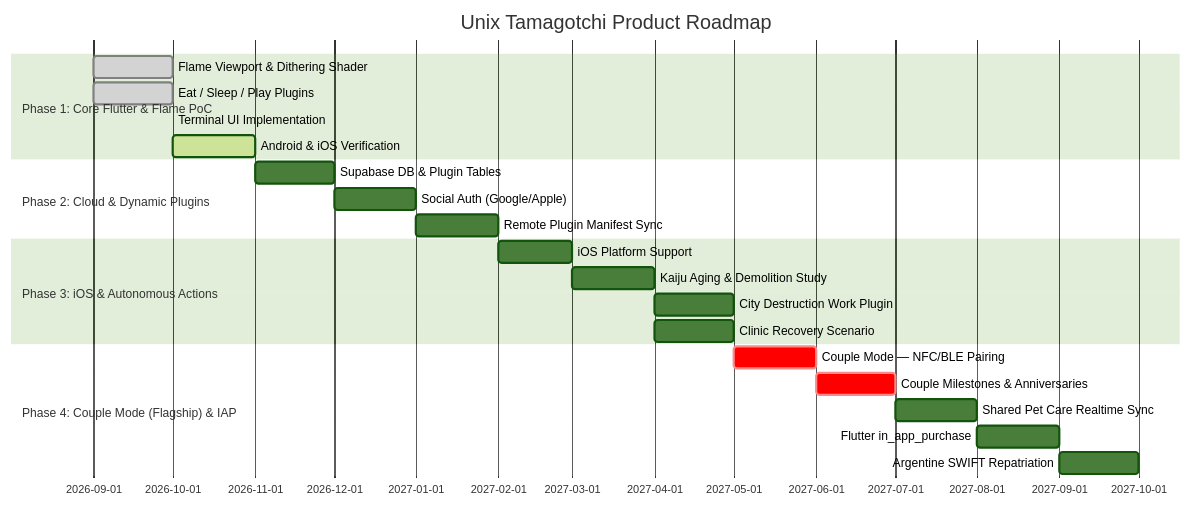
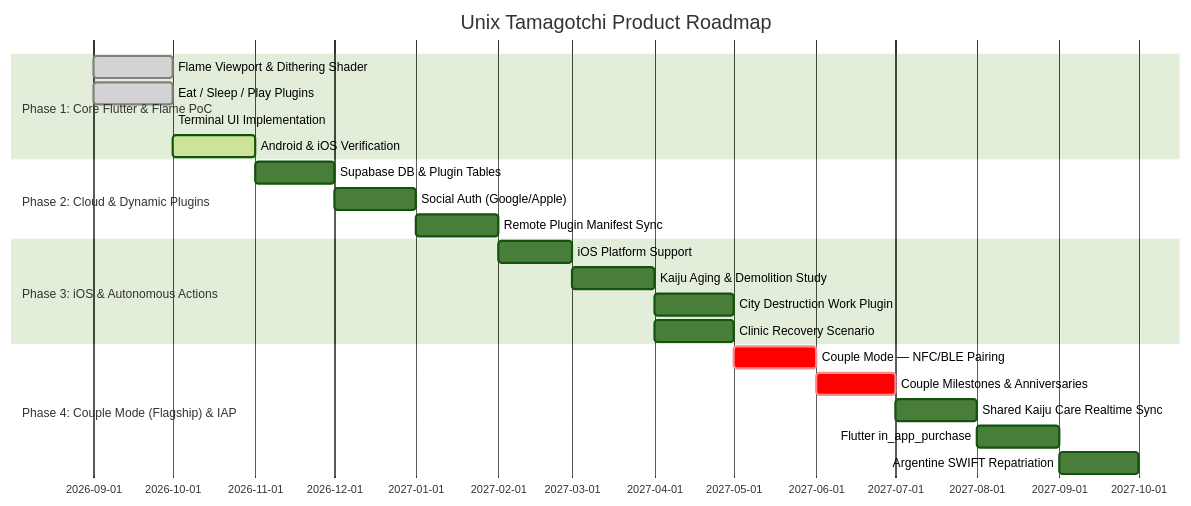
The diagram in Documentation/Features/04-poc-scope-and-future-roadmap.md (TheMrCorvy/HATCH.REF), drawn with Mermaid (forest theme) before and after one commit. The commit also changed other lines of this file and 47 other files, not shown here.

````diff
--- a/Documentation/Features/04-poc-scope-and-future-roadmap.md
+++ b/Documentation/Features/04-poc-scope-and-future-roadmap.md
@@ -30,28 +30,28 @@
 ```mermaid
 gantt
     title Unix Tamagotchi Product Roadmap
     dateFormat  YYYY-MM
     section Phase 1: Core Flutter & Flame PoC
     Flame Viewport & Dithering Shader :done, p1_1, 2026-09, 2026-10
     Eat / Sleep / Play Plugins       :done, p1_2, 2026-09, 2026-10
     Terminal UI Implementation       :done, p1_3, 2026-10, 2026-10
     Android & iOS Verification       :active, p1_4, 2026-10, 2026-11
 
     section Phase 2: Cloud & Dynamic Plugins
     Supabase DB & Plugin Tables      :p2_1, 2026-11, 2026-12
     Social Auth (Google/Apple)       :p2_2, 2026-12, 2027-01
     Remote Plugin Manifest Sync      :p2_3, 2027-01, 2027-02
 
     section Phase 3: iOS & Autonomous Actions
     iOS Platform Support             :p3_0, 2027-02, 2027-03
     Kaiju Aging & Demolition Study   :p3_1, 2027-03, 2027-04
     City Destruction Work Plugin     :p3_2, 2027-04, 2027-05
     Clinic Recovery Scenario         :p3_3, 2027-04, 2027-05
 
     section Phase 4: Couple Mode (Flagship) & IAP
     Couple Mode — NFC/BLE Pairing    :crit, p4_0, 2027-05, 2027-06
     Couple Milestones & Anniversaries :crit, p4_1, 2027-06, 2027-07
-    Shared Pet Care Realtime Sync    :p4_2, 2027-07, 2027-08
+    Shared Kaiju Care Realtime Sync    :p4_2, 2027-07, 2027-08
     Flutter in_app_purchase          :p4_3, 2027-08, 2027-09
     Argentine SWIFT Repatriation     :p4_4, 2027-09, 2027-10
 ```
````
